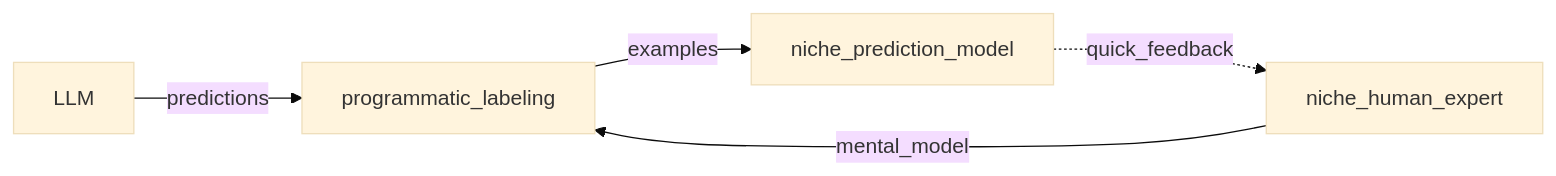
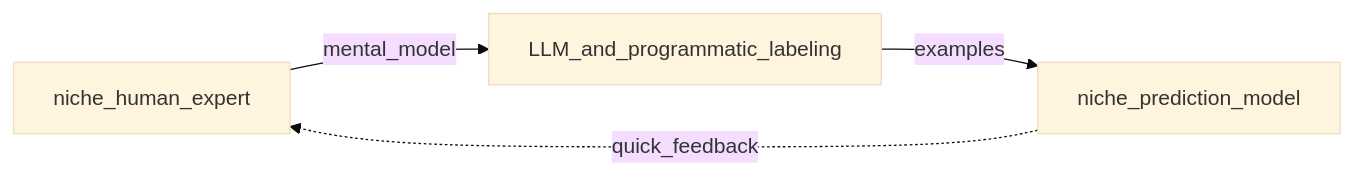
Before and after one commit to borisdev/research: the second of 2 diagrams in tune_foundational_models/README.md, drawn with Mermaid (base theme).

Commit message:
fine tune diagram

````diff
--- a/tune_foundational_models/README.md
+++ b/tune_foundational_models/README.md
@@ -36,7 +36,6 @@
 ```mermaid
 flowchart LR
-    LLM-- predictions -->programmatic_labeling
-    niche_human_expert-- mental_model -->programmatic_labeling
-    programmatic_labeling -- examples -->niche_prediction_model
+    niche_human_expert-- mental_model -->LLM_and_programmatic_labeling
+    LLM_and_programmatic_labeling -- examples -->niche_prediction_model
     niche_prediction_model-. quick_feedback .-> niche_human_expert
 ```
````
